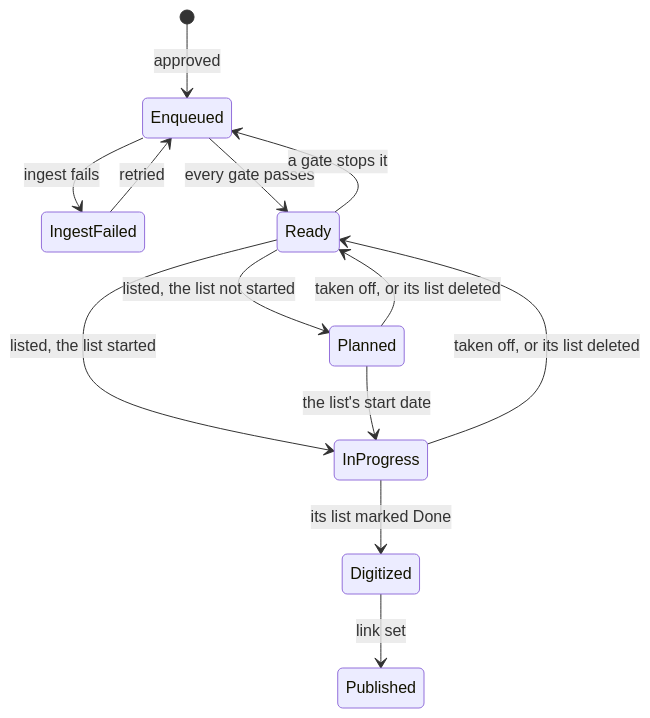
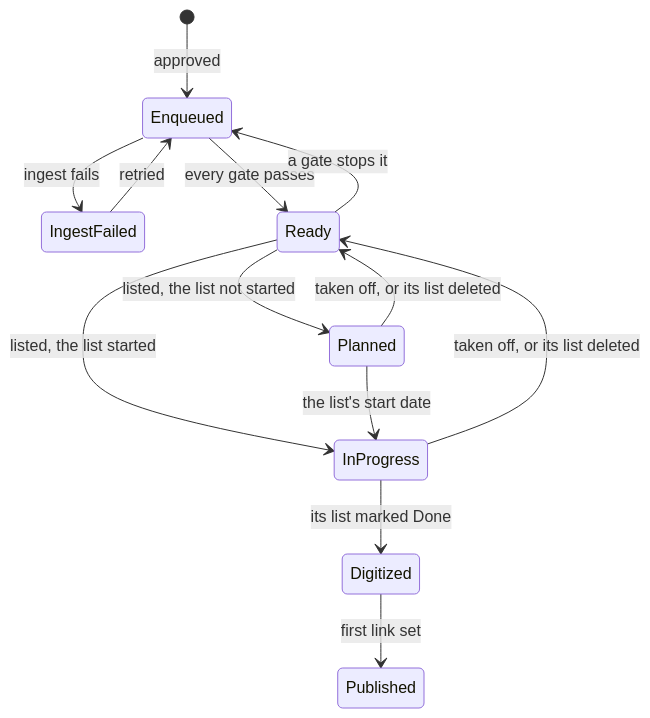
The diagram in docs/reference/lifecycles/iteration.md (moravianlibrary/vera), drawn with Mermaid before and after one commit. The commit also changed other lines of this file and 9 other files, not shown here.

````diff
--- a/docs/reference/lifecycles/iteration.md
+++ b/docs/reference/lifecycles/iteration.md
@@ -7,15 +7,15 @@
 ```mermaid
 stateDiagram-v2
   [*] --> Enqueued: approved
   Enqueued --> IngestFailed: ingest fails
   IngestFailed --> Enqueued: retried
   Enqueued --> Ready: every gate passes
   Ready --> Enqueued: a gate stops it
   Ready --> Planned: listed, the list not started
   Ready --> InProgress: listed, the list started
   Planned --> InProgress: the list's start date
   Planned --> Ready: taken off, or its list deleted
   InProgress --> Ready: taken off, or its list deleted
   InProgress --> Digitized: its list marked Done
-  Digitized --> Published: link set
+  Digitized --> Published: first link set
 ```
````
